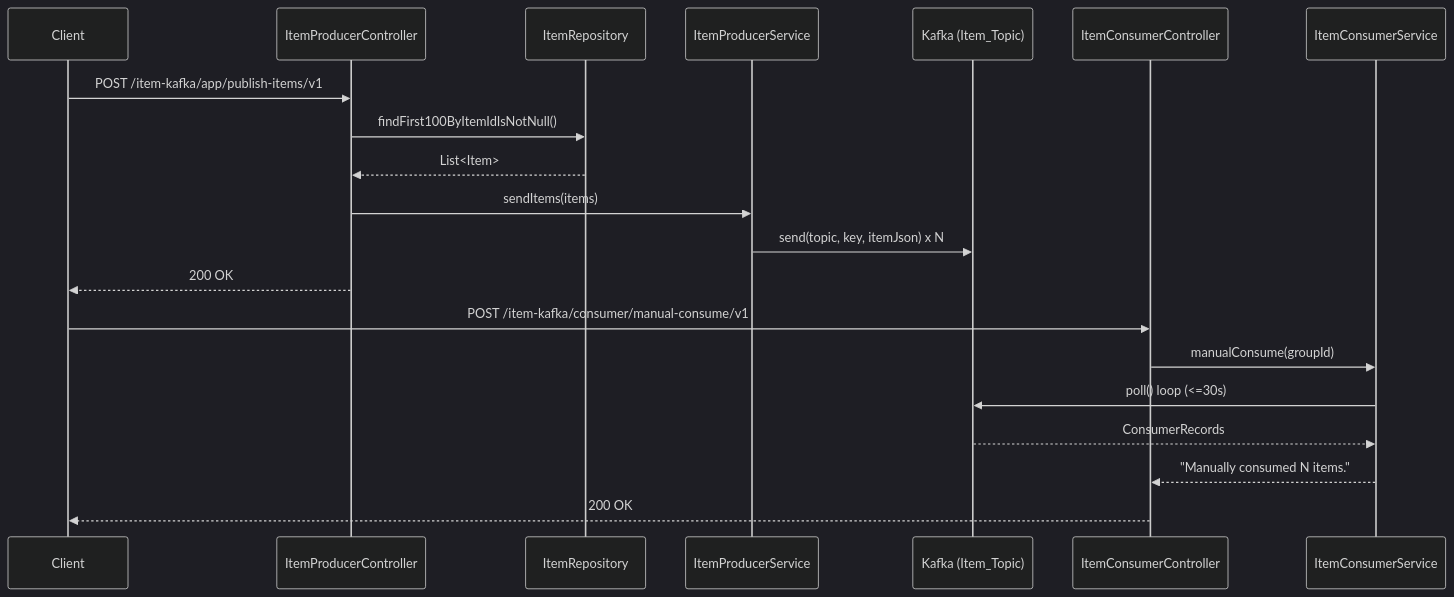
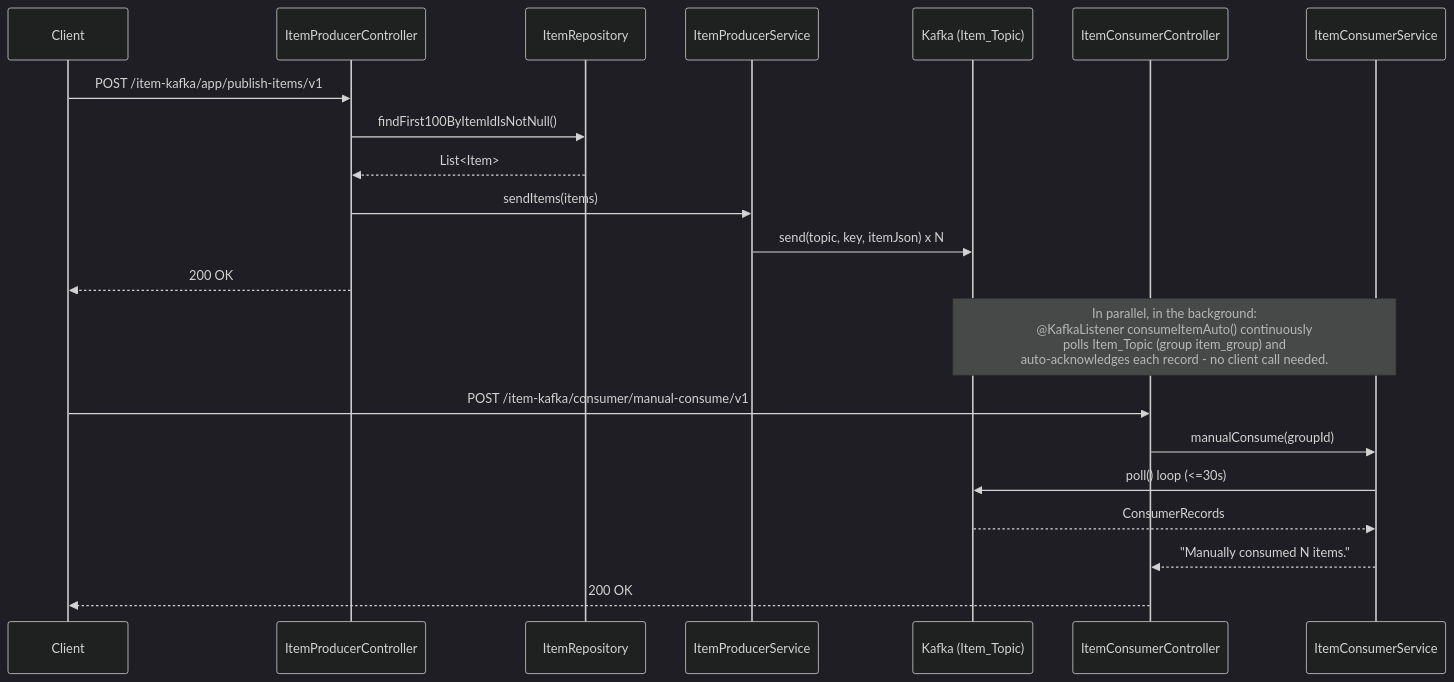
One commit to antonboshoff67-tech/ConfluentCloud_Kafka-Producer-Consumer-POC changed the third of 6 diagrams in ARCHITECTURE.md. Above: the diagram before and after it, drawn with Mermaid (dark theme). The commit also changed other lines of this file and 4 other files, not shown here.

Commit message:
Rename app process name in Start/Stop scripts; add always-on @KafkaListener auto-consumer alongside manual poll; update ARCHITECTURE.md and API_DOCUMENTATION.md

````diff
--- a/ARCHITECTURE.md
+++ b/ARCHITECTURE.md
@@ -95,24 +103,26 @@
 ```mermaid
 sequenceDiagram
     participant Client
     participant ItemProducerController
     participant ItemRepository
     participant ItemProducerService
     participant Kafka as Kafka (Item_Topic)
     participant ItemConsumerController
     participant ItemConsumerService
 
     Client->>ItemProducerController: POST /item-kafka/app/publish-items/v1
     ItemProducerController->>ItemRepository: findFirst100ByItemIdIsNotNull()
     ItemRepository-->>ItemProducerController: List<Item>
     ItemProducerController->>ItemProducerService: sendItems(items)
     ItemProducerService->>Kafka: send(topic, key, itemJson) x N
     ItemProducerController-->>Client: 200 OK
 
+    Note over ItemConsumerService,Kafka: In parallel, in the background:<br/>@KafkaListener consumeItemAuto() continuously<br/>polls Item_Topic (group item_group) and<br/>auto-acknowledges each record - no client call needed.
+
     Client->>ItemConsumerController: POST /item-kafka/consumer/manual-consume/v1
     ItemConsumerController->>ItemConsumerService: manualConsume(groupId)
     ItemConsumerService->>Kafka: poll() loop (<=30s)
     Kafka-->>ItemConsumerService: ConsumerRecords
     ItemConsumerService-->>ItemConsumerController: "Manually consumed N items."
     ItemConsumerController-->>Client: 200 OK
 ```
````
